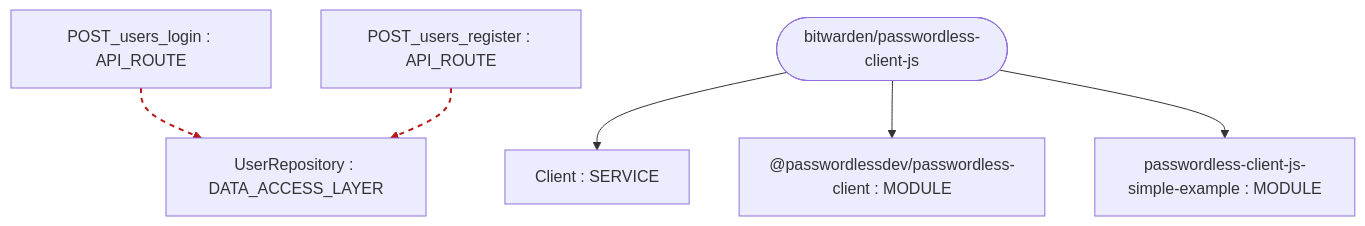
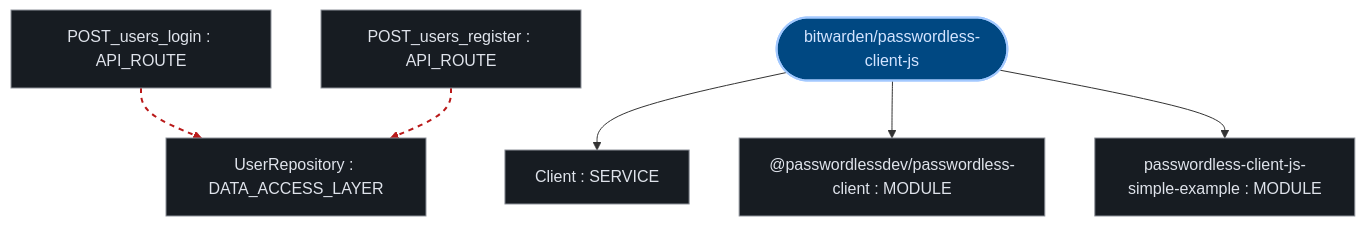
One commit to kumarshaz/atruss-code-atlas changed the first of 2 diagrams in exports/latest/reports/bitwarden-passwordless-client-js-report.md. Above: the diagram before and after it, drawn with Mermaid. The commit also changed other lines of this file and 331 other files, not shown here.

Commit message:
docs,ui,fix: update SDLC docs, reorder CI/CD DAG first, stylize Mermaid, and fix Arc42 pipeline topology

````diff
--- a/exports/latest/reports/bitwarden-passwordless-client-js-report.md
+++ b/exports/latest/reports/bitwarden-passwordless-client-js-report.md
@@ -42,17 +42,24 @@
 ```mermaid
 graph TD;
-    passwordless_client_js_simple_example["passwordless-client-js-simple-example : MODULE"]
-    _passwordlessdev_passwordless_client["@passwordlessdev/passwordless-client : MODULE"]
-    POST_users_register["POST_users_register : API_ROUTE"]
-    POST_users_login["POST_users_login : API_ROUTE"]
-    UserRepository["UserRepository : DATA_ACCESS_LAYER"]
-    Client["Client : SERVICE"]
-    repo_root(["bitwarden/passwordless-client-js"])
+  classDef atlasRoot fill:#004882,stroke:#a3c9ff,stroke-width:2px,color:#d3e4ff
+  classDef atlasCategory fill:#212428,stroke:#E87A48,stroke-width:1.5px,color:#dfe3eb
+  classDef atlasWorkflow fill:#1b2026,stroke:#a3c9ff,stroke-width:1.5px,color:#dfe3eb
+  classDef atlasJob fill:#171c22,stroke:#8d9199,stroke-width:1px,color:#dfe3eb
+  classDef atlasTarget fill:#005227,stroke:#8bd99b,stroke-width:1.5px,color:#a7f6b6
+  classDef atlasAlert fill:#93000a,stroke:#ffb4ab,stroke-width:1.5px,color:#ffdad6
+  classDef atlasMore fill:#252a31,stroke:#8d9199,stroke-dasharray:4 4,color:#c3c6cf
+    passwordless_client_js_simple_example["passwordless-client-js-simple-example : MODULE"]:::atlasJob
+    _passwordlessdev_passwordless_client["@passwordlessdev/passwordless-client : MODULE"]:::atlasJob
+    POST_users_register["POST_users_register : API_ROUTE"]:::atlasJob
+    POST_users_login["POST_users_login : API_ROUTE"]:::atlasJob
+    UserRepository["UserRepository : DATA_ACCESS_LAYER"]:::atlasJob
+    Client["Client : SERVICE"]:::atlasJob
+    repo_root(["bitwarden/passwordless-client-js"]):::atlasRoot
     repo_root --> Client
     repo_root --> _passwordlessdev_passwordless_client
     repo_root --> passwordless_client_js_simple_example
     POST_users_login --> UserRepository
     POST_users_register --> UserRepository
     linkStyle 3 stroke:#ba1a1a,stroke-width:2px,stroke-dasharray: 5 5
     linkStyle 4 stroke:#ba1a1a,stroke-width:2px,stroke-dasharray: 5 5
 ```
````
